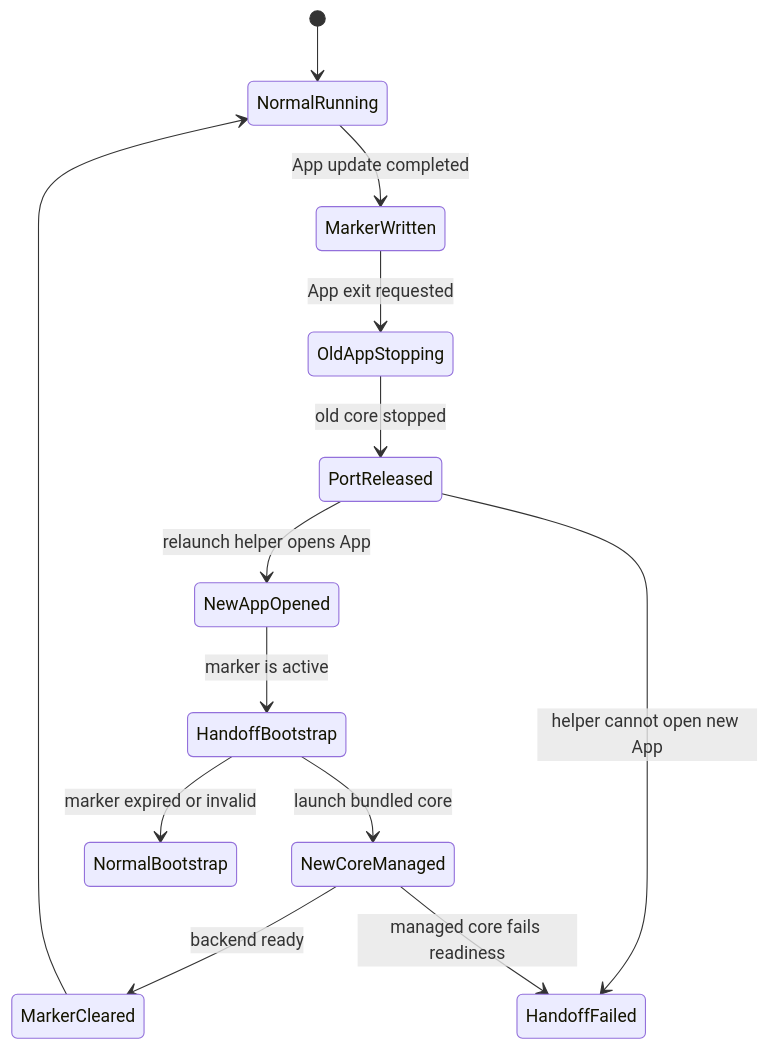
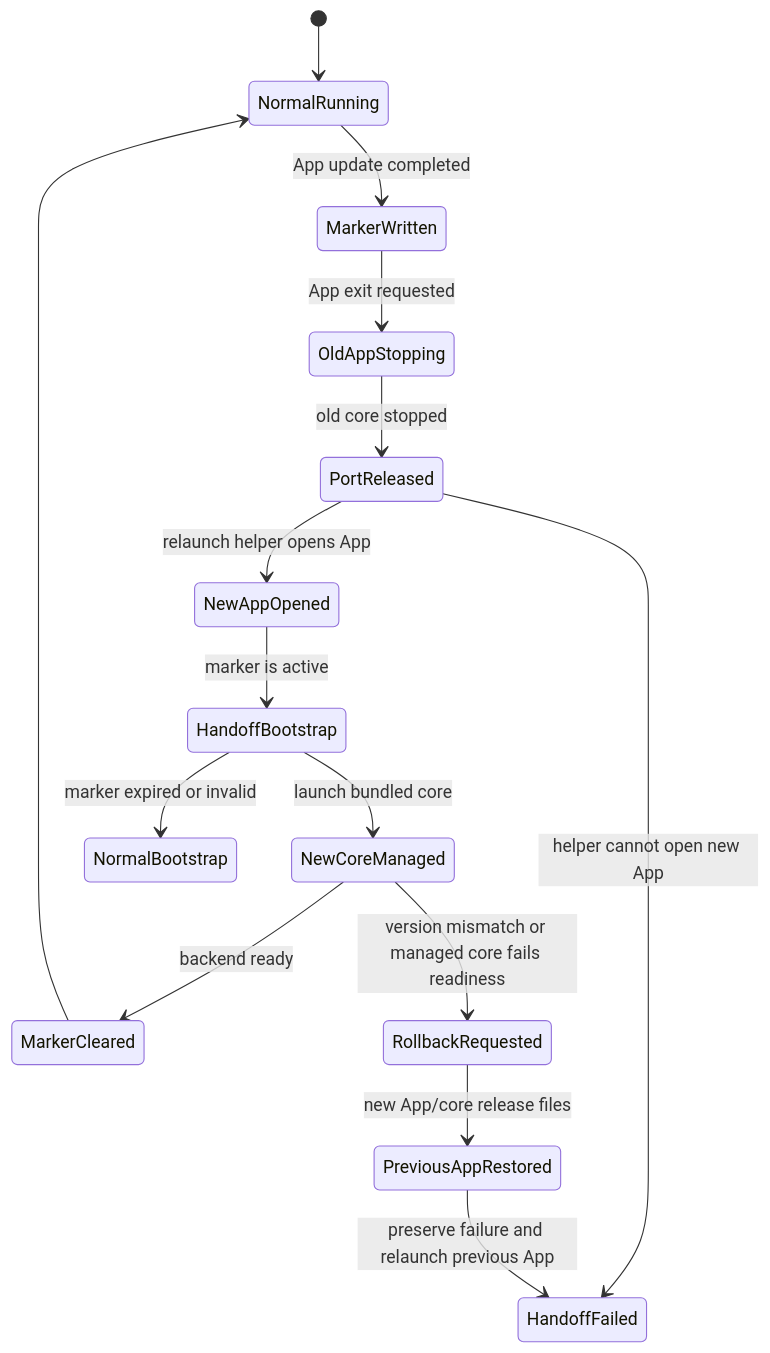
Before and after one commit to bifrost-proxy/bifrost: the diagram in design/desktop-upgrade-handoff.md, drawn with Mermaid. The commit also changed other lines of this file and 8 other files, not shown here.

````diff
--- a/design/desktop-upgrade-handoff.md
+++ b/design/desktop-upgrade-handoff.md
@@ -85,16 +90,18 @@
 ```mermaid
 stateDiagram-v2
     [*] --> NormalRunning
     NormalRunning --> MarkerWritten: App update completed
     MarkerWritten --> OldAppStopping: App exit requested
     OldAppStopping --> PortReleased: old core stopped
     PortReleased --> NewAppOpened: relaunch helper opens App
     NewAppOpened --> HandoffBootstrap: marker is active
     HandoffBootstrap --> NewCoreManaged: launch bundled core
     NewCoreManaged --> MarkerCleared: backend ready
     MarkerCleared --> NormalRunning
 
     HandoffBootstrap --> NormalBootstrap: marker expired or invalid
     PortReleased --> HandoffFailed: helper cannot open new App
-    NewCoreManaged --> HandoffFailed: managed core fails readiness
+    NewCoreManaged --> RollbackRequested: version mismatch or managed core fails readiness
+    RollbackRequested --> PreviousAppRestored: new App/core release files
+    PreviousAppRestored --> HandoffFailed: preserve failure and relaunch previous App
 ```
````
